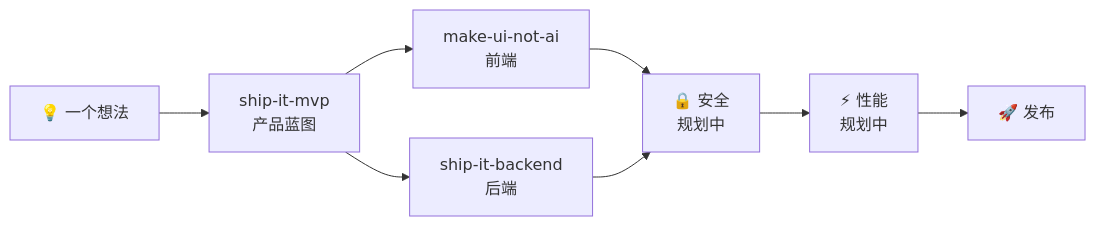
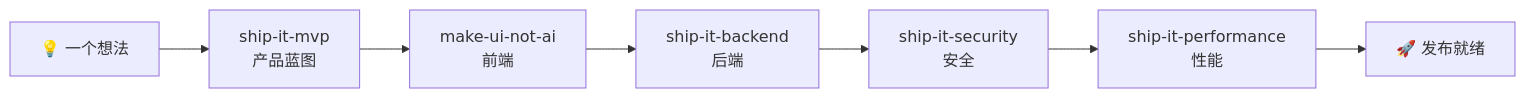
One commit to nanfei892/ship-it-skills changed the diagram in README.md. Above: the diagram before and after it, drawn with Mermaid. The commit also changed other lines of this file and 5 other files, not shown here.

````diff
--- a/README.md
+++ b/README.md
@@ -54,10 +69,9 @@
 ```mermaid
 flowchart LR
     A[💡 一个想法] --> B[ship-it-mvp<br/>产品蓝图]
     B --> C[make-ui-not-ai<br/>前端]
-    B --> D[ship-it-backend<br/>后端]
-    C --> E[🔒 安全<br/>规划中]
-    D --> E
-    E --> F[⚡ 性能<br/>规划中]
-    F --> G[🚀 发布]
+    C --> D[ship-it-backend<br/>后端]
+    D --> E[ship-it-security<br/>安全]
+    E --> F[ship-it-performance<br/>性能]
+    F --> G[🚀 发布就绪]
 ```
````
